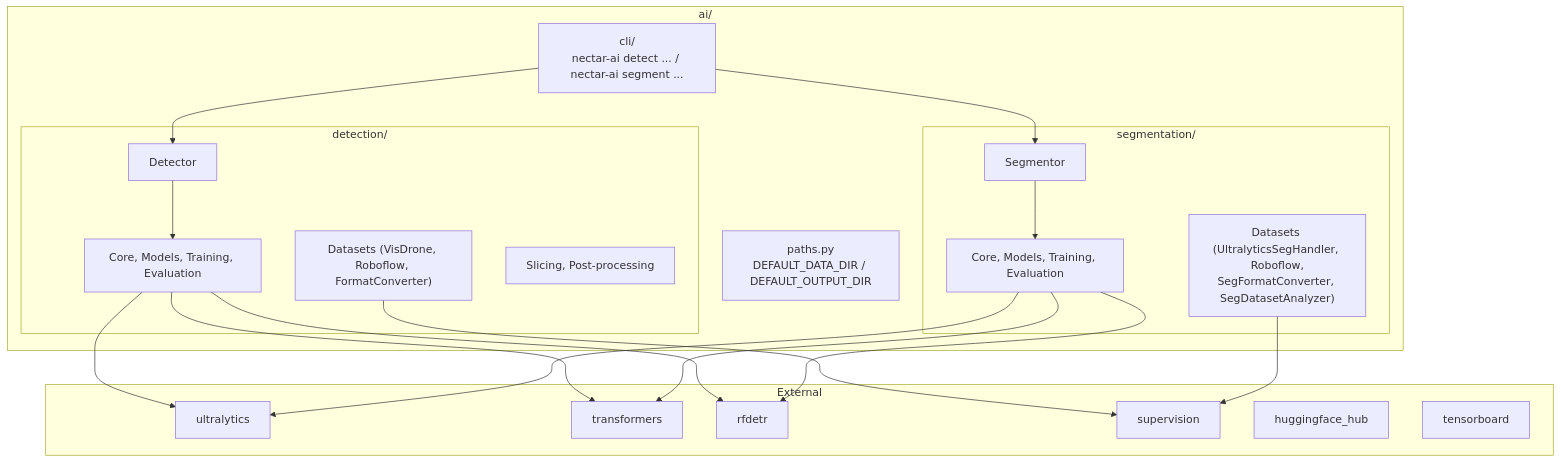
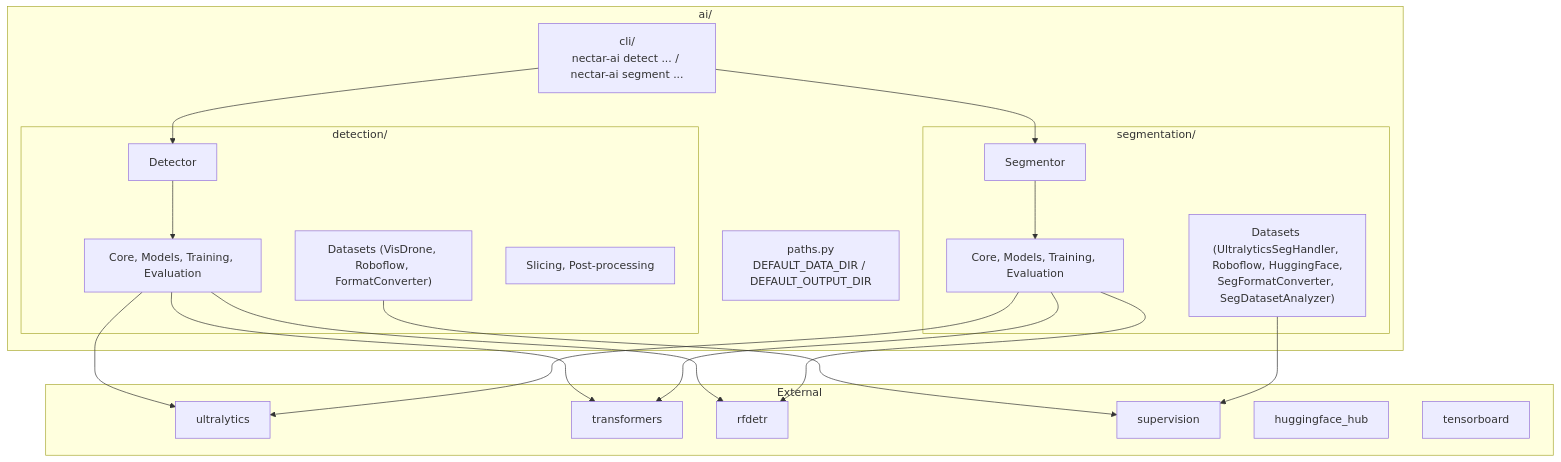
The diagram in nectar/nectar/ai/README.md (Black-Bee-Drones/nectar-sdk), drawn with Mermaid before and after one commit. The commit also changed other lines of this file and 7 other files, not shown here.

Commit message:
feat(segmentation): add HuggingFace dataset support for downloading and uploading segmentation datasets

````diff
--- a/nectar/nectar/ai/README.md
+++ b/nectar/nectar/ai/README.md
@@ -19,45 +19,45 @@
 ```mermaid
 flowchart TB
     subgraph AI["ai/"]
         Paths["paths.py<br/>DEFAULT_DATA_DIR / DEFAULT_OUTPUT_DIR"]
         CLI["cli/<br/>nectar-ai detect ... / nectar-ai segment ..."]
 
         subgraph Detection["detection/"]
             Detector["Detector"]
             DetCore["Core, Models, Training, Evaluation"]
             DetDatasets["Datasets (VisDrone, Roboflow, FormatConverter)"]
             DetSlicing["Slicing, Post-processing"]
         end
 
         subgraph Segmentation["segmentation/"]
             Segmentor["Segmentor"]
             SegCore["Core, Models, Training, Evaluation"]
-            SegDatasets["Datasets (UltralyticsSegHandler, Roboflow,<br/>SegFormatConverter, SegDatasetAnalyzer)"]
+            SegDatasets["Datasets (UltralyticsSegHandler, Roboflow, HuggingFace,<br/>SegFormatConverter, SegDatasetAnalyzer)"]
         end
     end
 
     subgraph External["External"]
         ultralytics
         transformers
         rfdetr
         supervision
         huggingface_hub
         tensorboard
     end
 
     CLI --> Detector
     CLI --> Segmentor
 
     Detector --> DetCore
     Segmentor --> SegCore
 
     DetCore --> ultralytics
     DetCore --> transformers
     DetCore --> rfdetr
     SegCore --> ultralytics
     SegCore --> transformers
     SegCore --> rfdetr
 
     DetDatasets --> supervision
     SegDatasets --> supervision
 ```
````
